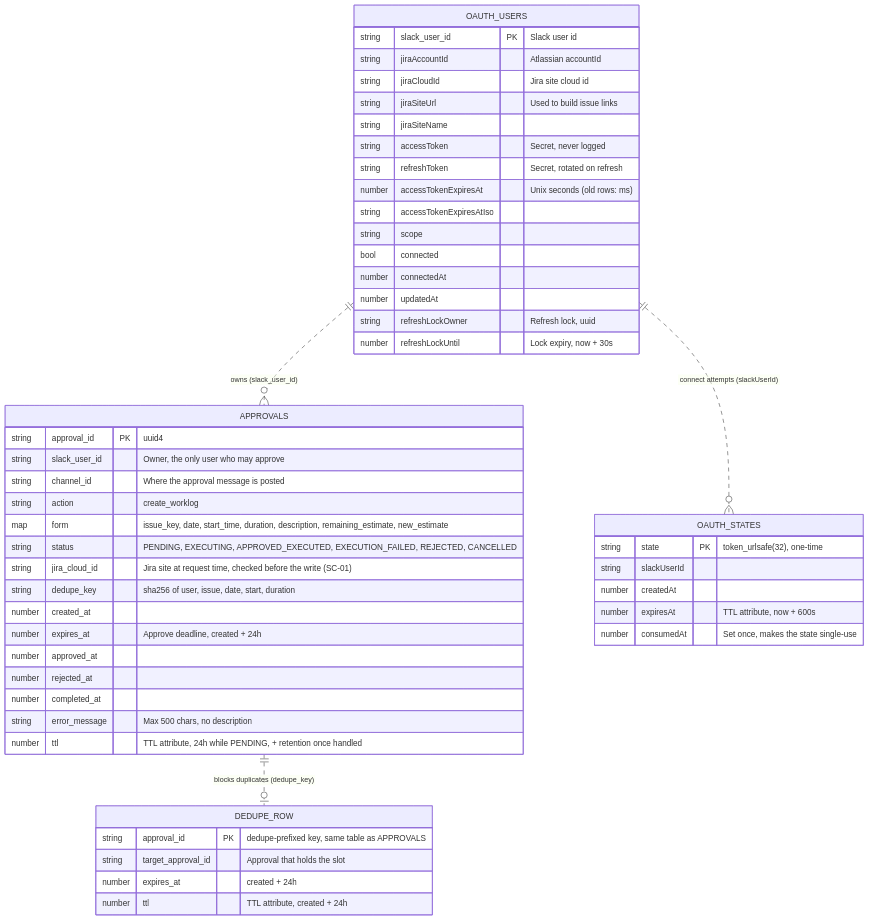
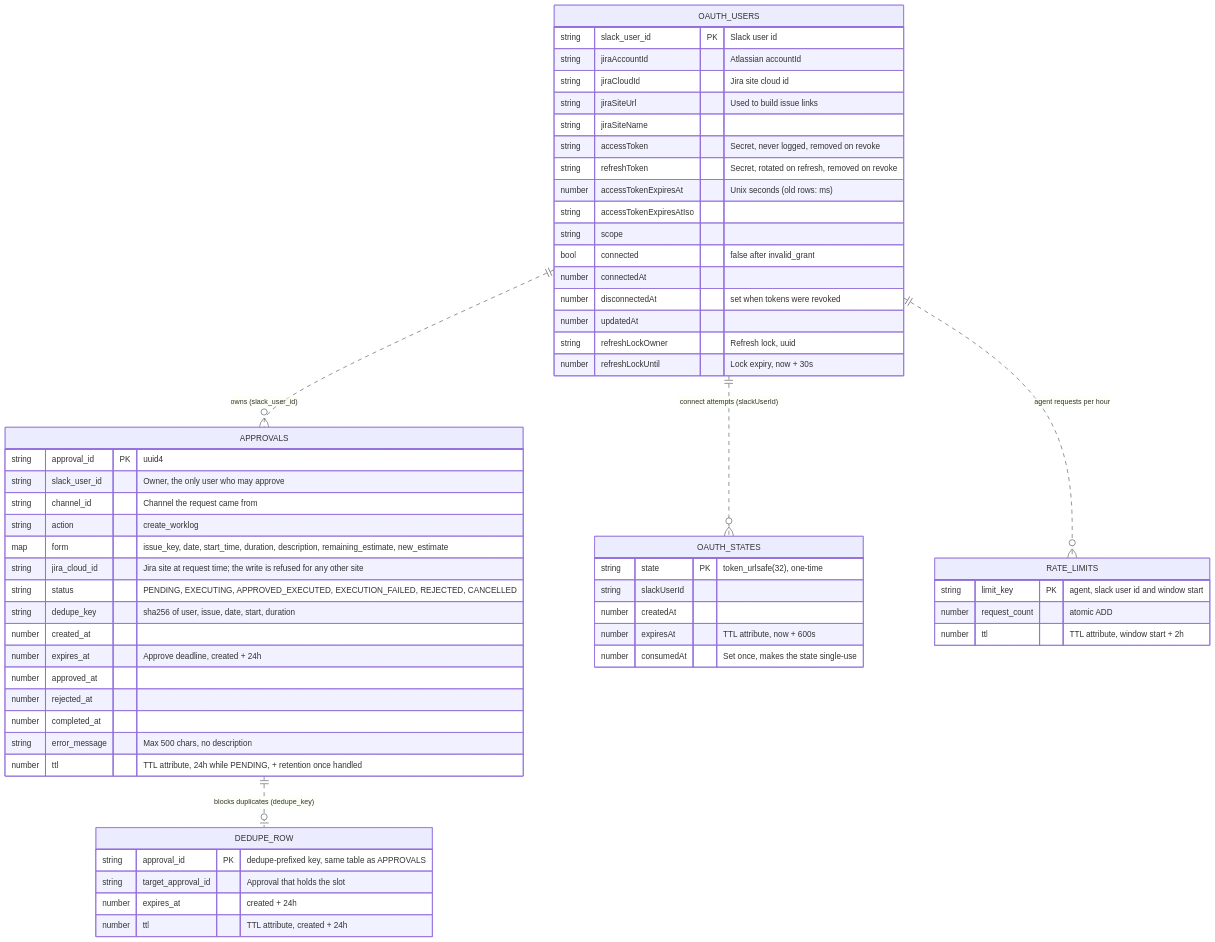
Before and after one commit to lolohoang123/jira_agent: the second of 10 diagrams in docs/design/data_model_and_flows.md, drawn with Mermaid. The commit also changed other lines of this file and 10 other files, not shown here.

````diff
--- a/docs/design/data_model_and_flows.md
+++ b/docs/design/data_model_and_flows.md
@@ -18,54 +50,61 @@
 ```mermaid
 erDiagram
     OAUTH_USERS ||..o{ APPROVALS : "owns (slack_user_id)"
     OAUTH_USERS ||..o{ OAUTH_STATES : "connect attempts (slackUserId)"
+    OAUTH_USERS ||..o{ RATE_LIMITS : "agent requests per hour"
     APPROVALS ||..o| DEDUPE_ROW : "blocks duplicates (dedupe_key)"
 
     OAUTH_USERS {
         string slack_user_id PK "Slack user id"
         string jiraAccountId "Atlassian accountId"
         string jiraCloudId "Jira site cloud id"
         string jiraSiteUrl "Used to build issue links"
         string jiraSiteName
-        string accessToken "Secret, never logged"
-        string refreshToken "Secret, rotated on refresh"
+        string accessToken "Secret, never logged, removed on revoke"
+        string refreshToken "Secret, rotated on refresh, removed on revoke"
         number accessTokenExpiresAt "Unix seconds (old rows: ms)"
         string accessTokenExpiresAtIso
         string scope
-        bool connected
+        bool connected "false after invalid_grant"
         number connectedAt
+        number disconnectedAt "set when tokens were revoked"
         number updatedAt
         string refreshLockOwner "Refresh lock, uuid"
         number refreshLockUntil "Lock expiry, now + 30s"
     }
     OAUTH_STATES {
         string state PK "token_urlsafe(32), one-time"
         string slackUserId
         number createdAt
         number expiresAt "TTL attribute, now + 600s"
         number consumedAt "Set once, makes the state single-use"
     }
     APPROVALS {
         string approval_id PK "uuid4"
         string slack_user_id "Owner, the only user who may approve"
-        string channel_id "Where the approval message is posted"
+        string channel_id "Channel the request came from"
         string action "create_worklog"
         map form "issue_key, date, start_time, duration, description, remaining_estimate, new_estimate"
+        string jira_cloud_id "Jira site at request time; the write is refused for any other site"
         string status "PENDING, EXECUTING, APPROVED_EXECUTED, EXECUTION_FAILED, REJECTED, CANCELLED"
-        string jira_cloud_id "Jira site at request time, checked before the write (SC-01)"
         string dedupe_key "sha256 of user, issue, date, start, duration"
         number created_at
         number expires_at "Approve deadline, created + 24h"
         number approved_at
         number rejected_at
         number completed_at
         string error_message "Max 500 chars, no description"
         number ttl "TTL attribute, 24h while PENDING, + retention once handled"
     }
     DEDUPE_ROW {
         string approval_id PK "dedupe-prefixed key, same table as APPROVALS"
         string target_approval_id "Approval that holds the slot"
         number expires_at "created + 24h"
         number ttl "TTL attribute, created + 24h"
     }
+    RATE_LIMITS {
+        string limit_key PK "agent, slack user id and window start"
+        number request_count "atomic ADD"
+        number ttl "TTL attribute, window start + 2h"
+    }
 ```
````
